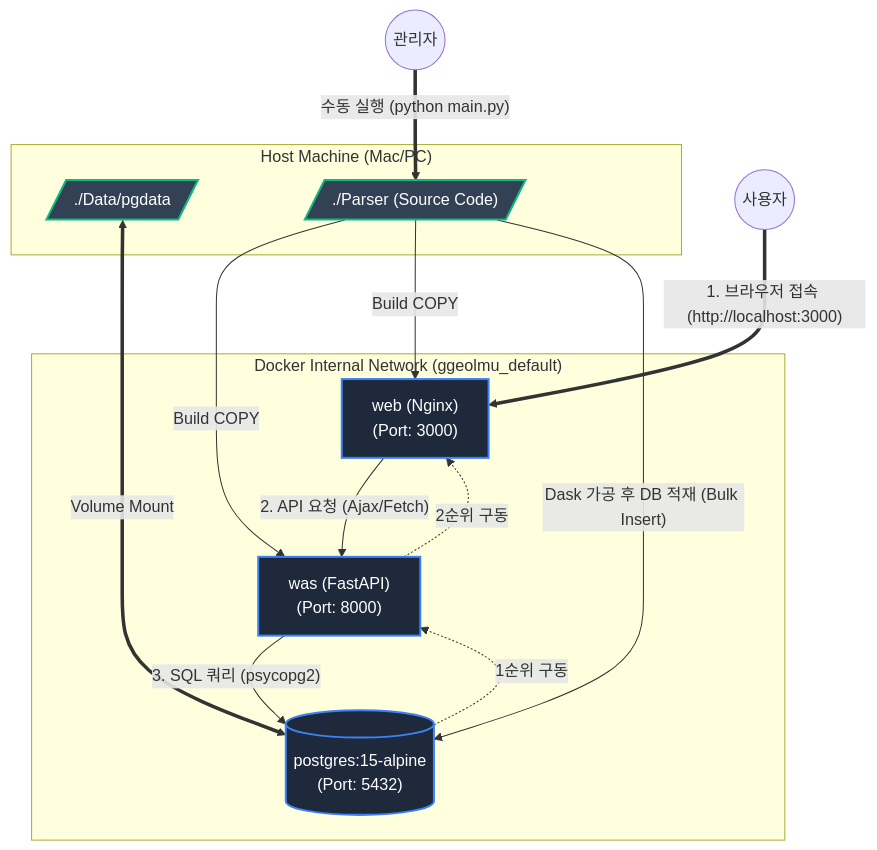
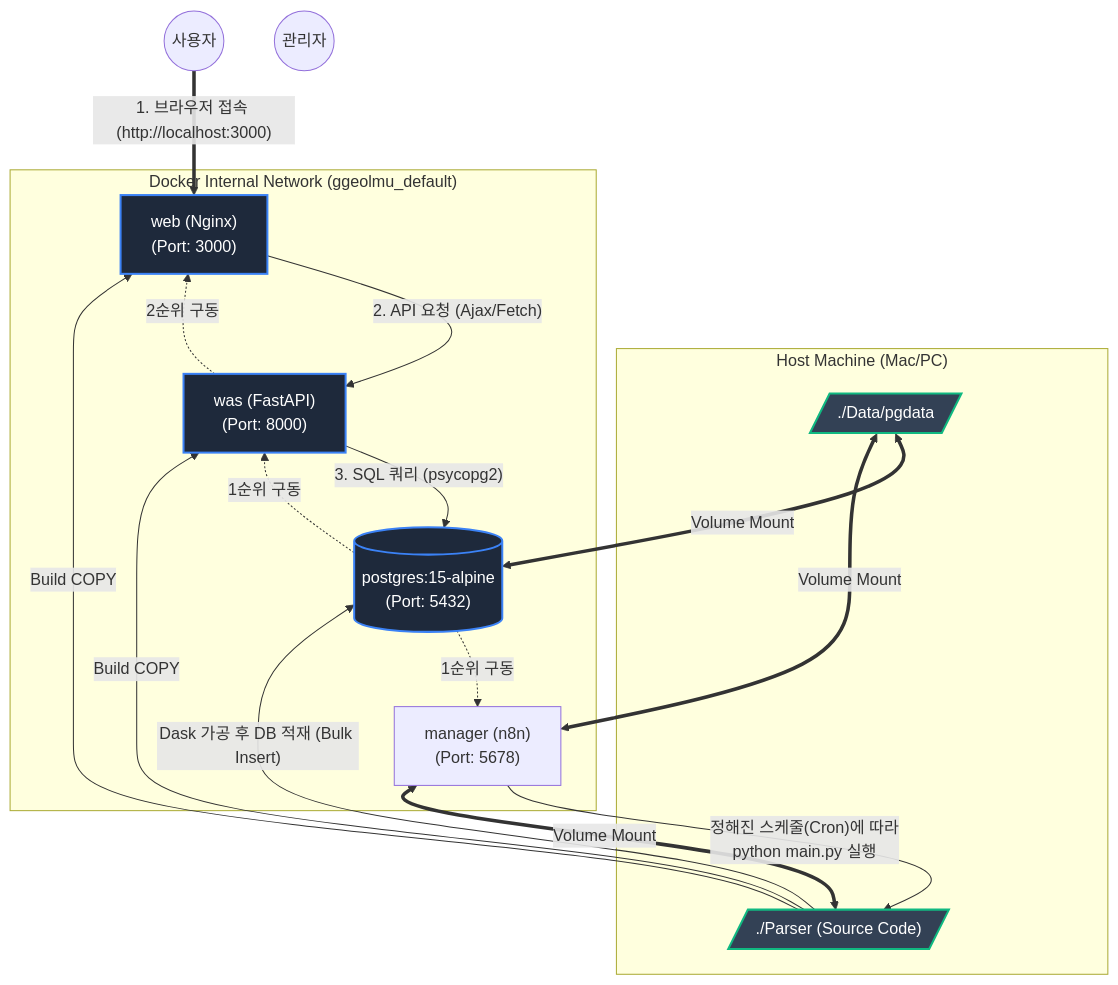
One commit to hugingstar/ggeolmu changed the first of 3 diagrams in README.md. Above: the diagram before and after it, drawn with Mermaid. The commit also changed other lines of this file and 3 other files, not shown here.

Commit message:
feat: Add n8n Manager Tier for automated pipeline scheduling

````diff
--- a/README.md
+++ b/README.md
@@ -11,48 +11,54 @@
 ```mermaid
 flowchart TD
     %% 사용자 및 로컬 호스트
     User(("사용자"))
     Admin(("관리자"))
     
     subgraph Host ["Host Machine (Mac/PC)"]
         LocalData[/"./Data/pgdata"/]
         LocalParser[/"./Parser (Source Code)"/]
     end
 
     %% 도커 네트워크 내부
     subgraph DockerNetwork ["Docker Internal Network (ggeolmu_default)"]
         
         %% DB Tier
         DB[("postgres:15-alpine <br> (Port: 5432)")]
         
+        %% Manager Tier (Scheduler)
+        Manager["manager (n8n) <br> (Port: 5678)"]
+
         %% WAS Tier (Backend)
         WAS["was (FastAPI) <br> (Port: 8000)"]
         
         %% WEB Tier (Frontend)
         WEB["web (Nginx) <br> (Port: 3000)"]
     end
 
     %% 실행 트리거 및 의존성 (depends_on)
     DB -. "1순위 구동" .-> WAS
+    DB -. "1순위 구동" .-> Manager
     WAS -. "2순위 구동" .-> WEB
 
     %% 파일 시스템 볼륨 매핑
     LocalData <==>|Volume Mount| DB
+    LocalData <==>|Volume Mount| Manager
     LocalParser -->|Build COPY| WAS
     LocalParser -->|Build COPY| WEB
+    LocalParser <==>|Volume Mount| Manager
 
     %% 데이터 흐름 및 접근
     User == "1. 브라우저 접속 (http://localhost:3000)" ==> WEB
     WEB -- "2. API 요청 (Ajax/Fetch)" --> WAS
     WAS -- "3. SQL 쿼리 (psycopg2)" --> DB
     
-    %% 관리자 데이터 파이프라인 트리거 (수동)
-    Admin == "수동 실행 (python main.py)" ==> LocalParser
+    %% 관리자 데이터 파이프라인 트리거 (자동화)
+    Manager -- "정해진 스케줄(Cron)에 따라 <br> python main.py 실행" --> LocalParser
     LocalParser -- "Dask 가공 후 DB 적재 (Bulk Insert)" --> DB
 
     classDef container fill:#1e293b,stroke:#3b82f6,stroke-width:2px,color:#fff;
     classDef storage fill:#334155,stroke:#10b981,stroke-width:2px,color:#fff;
     
     class DB,WAS,WEB container;
     class LocalData,LocalParser storage;
 ```
````
